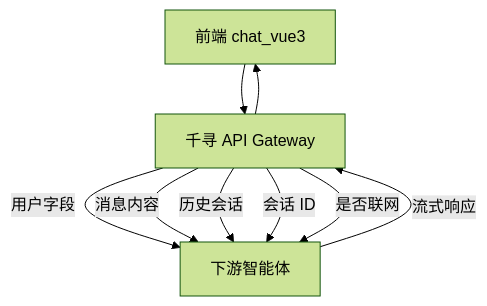
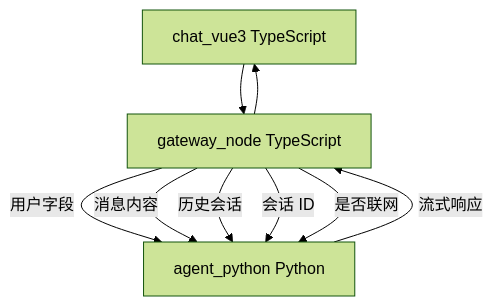
One commit to swipth/work-report changed the seventh of 8 diagrams in reports/2026-05-26/index.md. Above: the diagram before and after it, drawn with Mermaid (forest theme). The commit also changed other lines of this file and 29 other files, not shown here.

````diff
--- a/reports/2026-05-26/index.md
+++ b/reports/2026-05-26/index.md
@@ -160,11 +160,11 @@
 ```mermaid
 flowchart TB
-  FE["前端 chat_vue3"] --> GW["千寻 API Gateway"]
-  GW -->|"用户字段"| Agent["下游智能体"]
+  FE["chat_vue3 TypeScript"] --> GW["gateway_node TypeScript"]
+  GW -->|"用户字段"| Agent["agent_python Python"]
   GW -->|"消息内容"| Agent
   GW -->|"历史会话"| Agent
   GW -->|"会话 ID"| Agent
   GW -->|"是否联网"| Agent
   Agent -->|"流式响应"| GW
   GW --> FE
 ```
````
